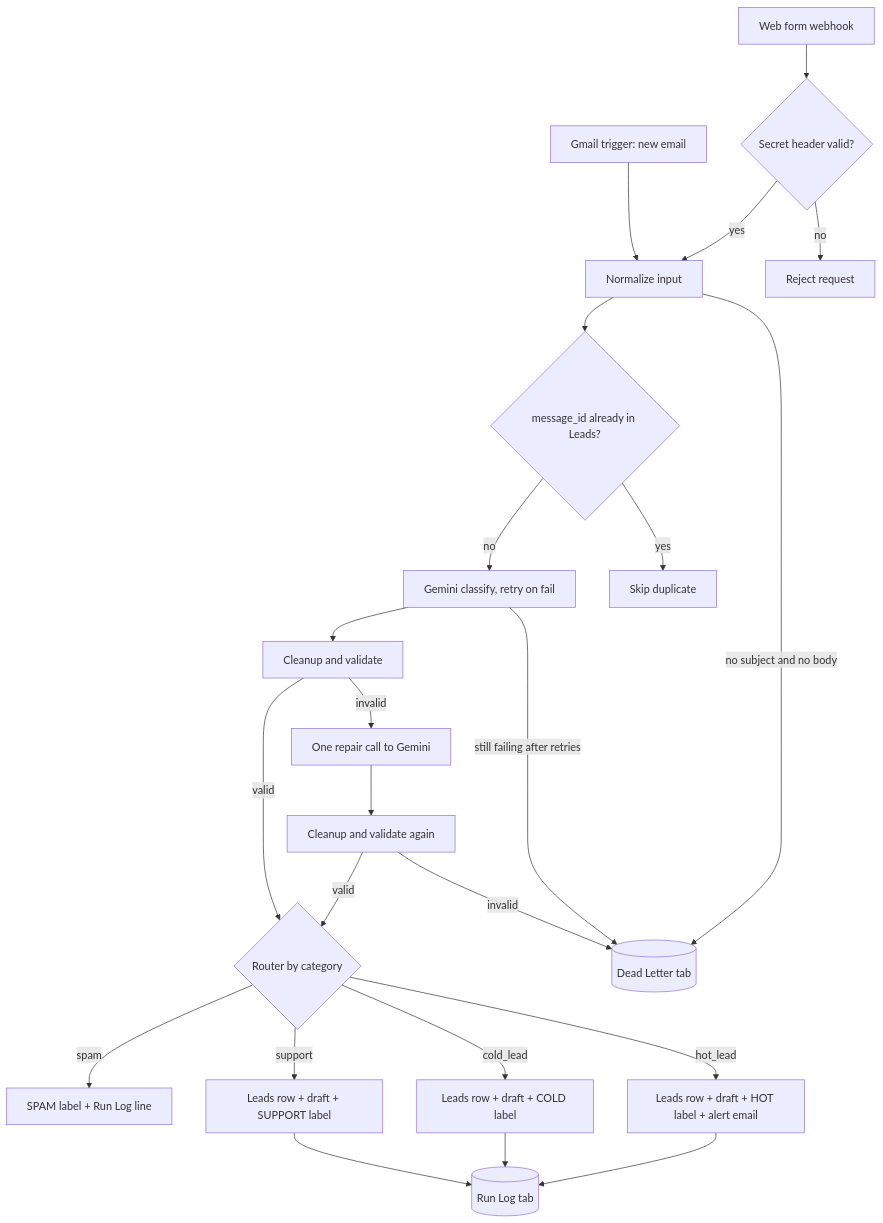
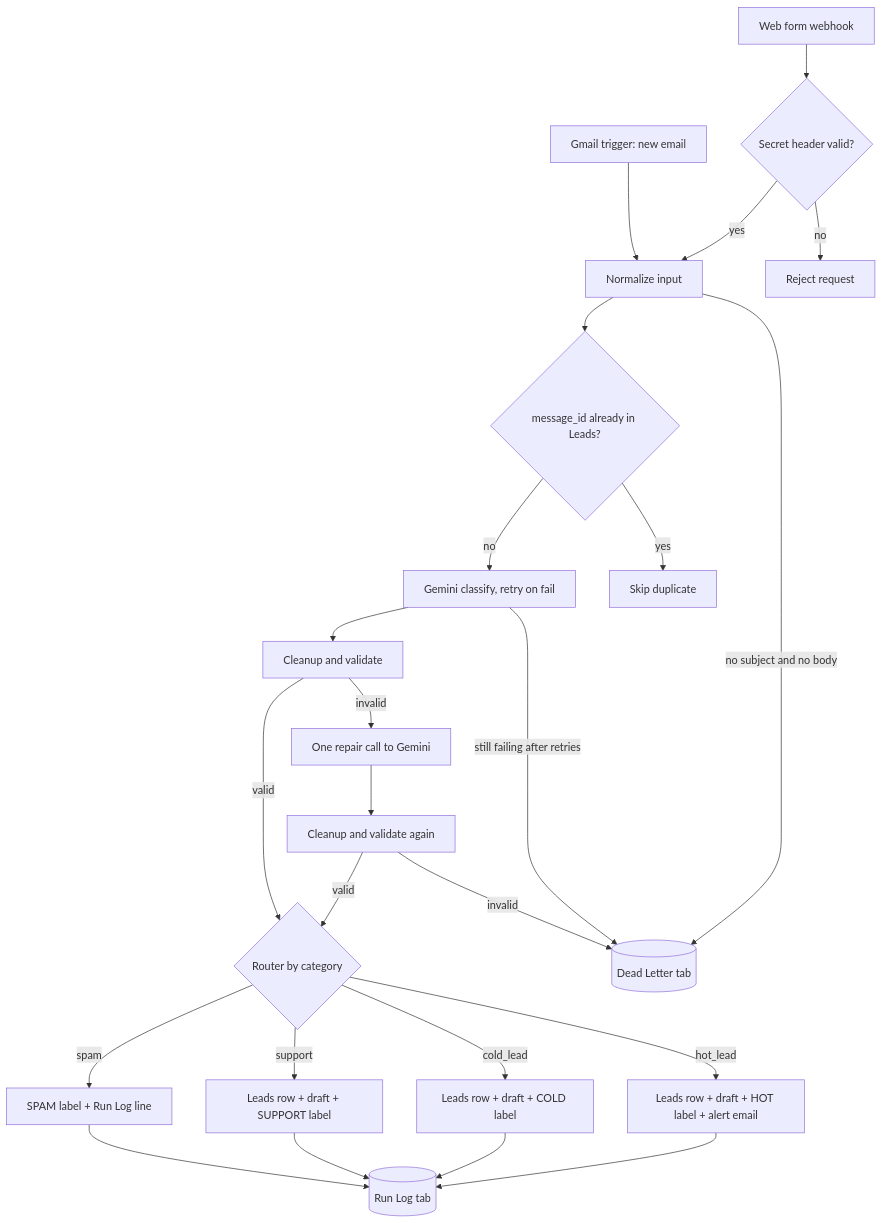
Before and after one commit to MostafaSaafan5517/lead-inbox-automation: the diagram in README.md, drawn with Mermaid. The commit also changed other lines of this file, not shown here.

Commit message:
docs: n8n setup steps and spam to Run Log in the flowchart

````diff
--- a/README.md
+++ b/README.md
@@ -19,25 +19,26 @@
 ```mermaid
 flowchart TD
     G[Gmail trigger: new email] --> N[Normalize input]
     W[Web form webhook] --> S{Secret header valid?}
     S -- no --> R401[Reject request]
     S -- yes --> N
     N -- no subject and no body --> DL[(Dead Letter tab)]
     N --> D{message_id already in Leads?}
     D -- yes --> SKIP[Skip duplicate]
     D -- no --> AI[Gemini classify, retry on fail]
     AI -- still failing after retries --> DL
     AI --> C[Cleanup and validate]
     C -- invalid --> RP[One repair call to Gemini]
     RP --> C2[Cleanup and validate again]
     C2 -- invalid --> DL
     C2 -- valid --> RT
     C -- valid --> RT{Router by category}
     RT -- hot_lead --> H[Leads row + draft + HOT label + alert email]
     RT -- cold_lead --> CO[Leads row + draft + COLD label]
     RT -- support --> SU[Leads row + draft + SUPPORT label]
     RT -- spam --> SP[SPAM label + Run Log line]
     H --> LOG[(Run Log tab)]
     CO --> LOG
     SU --> LOG
+    SP --> LOG
 ```
````
